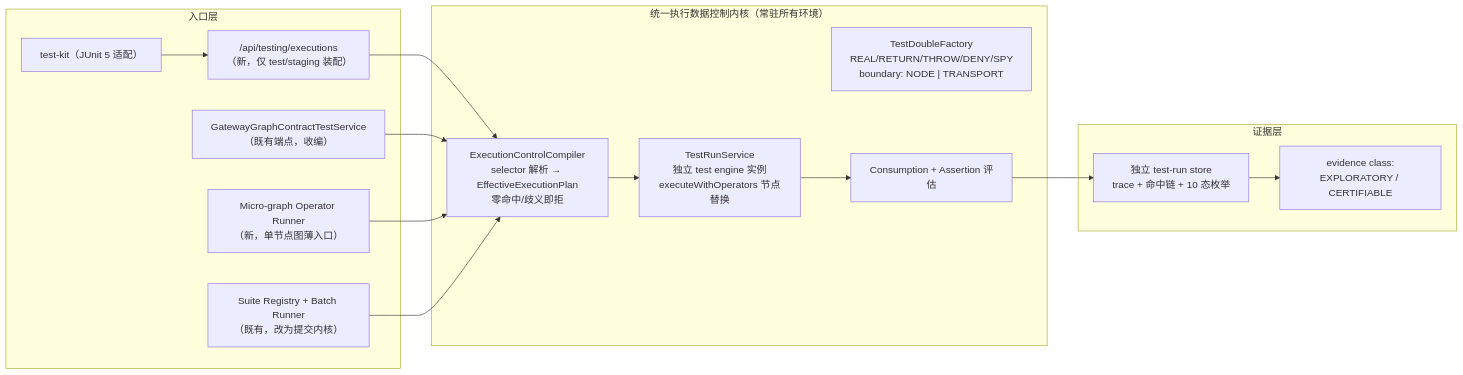
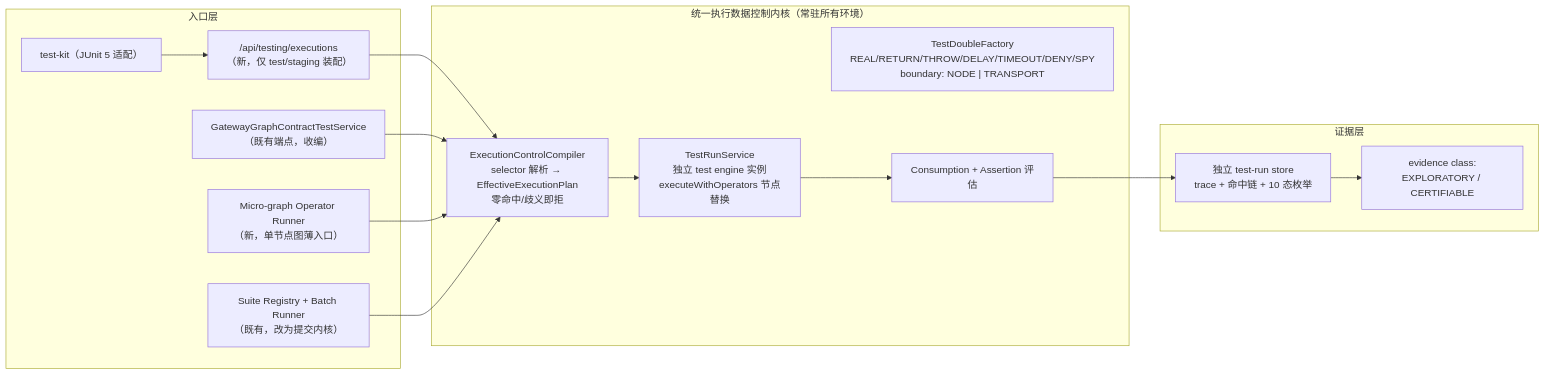
Before and after one commit to leanowtech/bloge-examples: the diagram in docs/resource-gateway-industrial-testability-evolution-plan-1.0.md, drawn with Mermaid. The commit also changed other lines of this file and 18 other files, not shown here.

````diff
--- a/docs/resource-gateway-industrial-testability-evolution-plan-1.0.md
+++ b/docs/resource-gateway-industrial-testability-evolution-plan-1.0.md
@@ -67,22 +69,22 @@
 ```mermaid
 flowchart LR
     subgraph entries [入口层]
         A1["/api/testing/executions<br/>（新，仅 test/staging 装配）"]
         A2["GatewayGraphContractTestService<br/>（既有端点，收编）"]
         A3["Micro-graph Operator Runner<br/>（新，单节点图薄入口）"]
         A4["Suite Registry + Batch Runner<br/>（既有，改为提交内核）"]
         A5["test-kit（JUnit 5 适配）"]
     end
     subgraph kernel [统一执行数据控制内核（常驻所有环境）]
         K1["ExecutionControlCompiler<br/>selector 解析 → EffectiveExecutionPlan<br/>零命中/歧义即拒"]
         K2["TestRunService<br/>独立 test engine 实例<br/>executeWithOperators 节点替换"]
-        K3["TestDoubleFactory<br/>REAL/RETURN/THROW/DENY/SPY<br/>boundary: NODE | TRANSPORT"]
+        K3["TestDoubleFactory<br/>REAL/RETURN/THROW/DELAY/TIMEOUT/DENY/SPY<br/>boundary: NODE | TRANSPORT"]
         K4["Consumption + Assertion 评估"]
     end
     subgraph evidence [证据层]
         E1["独立 test-run store<br/>trace + 命中链 + 10 态枚举"]
         E2["evidence class:<br/>EXPLORATORY / CERTIFIABLE"]
     end
     A1 & A2 & A3 & A4 --> K1 --> K2 --> K4 --> E1 --> E2
     A5 --> A1
 ```
````
